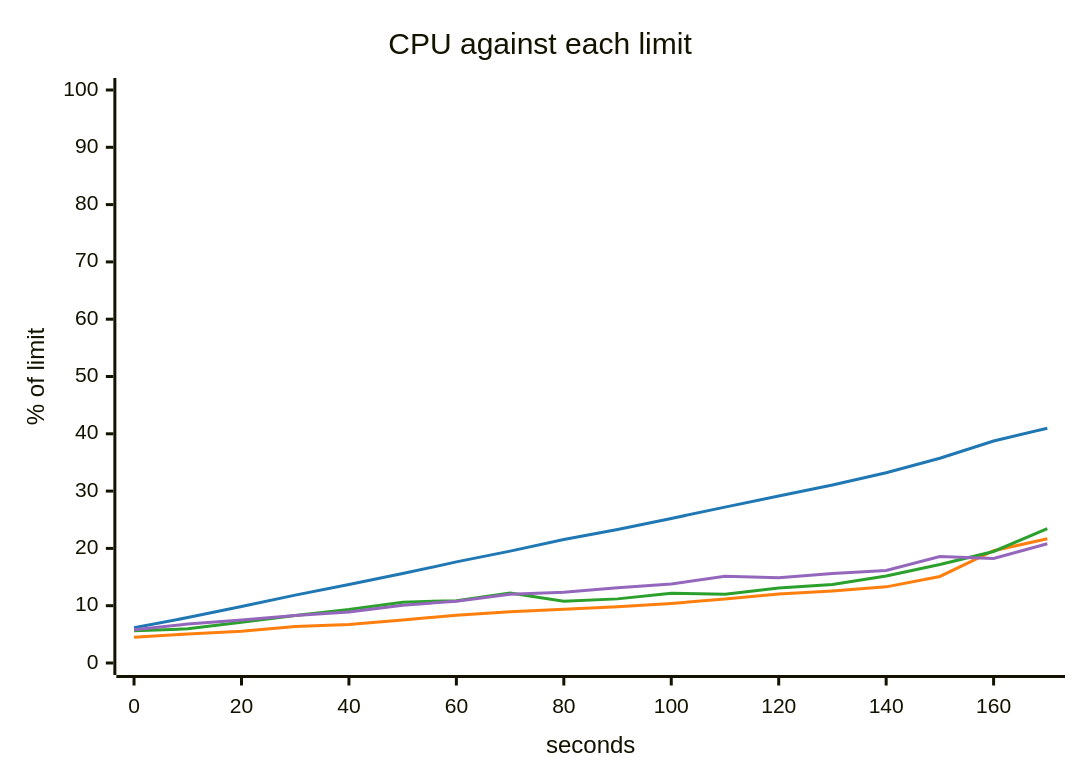
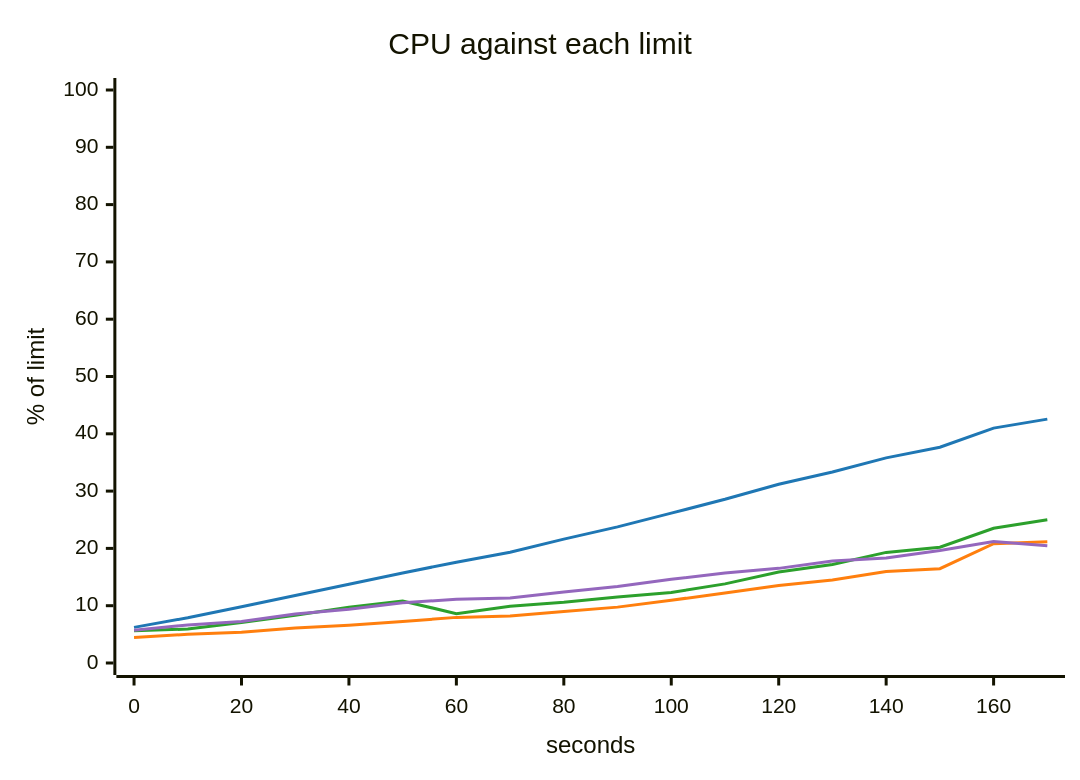
One commit to akinfemi/load-lore changed the fifth of 5 diagrams in scenarios/stale-orders/solutions/read-your-writes/report.md. Above: the diagram before and after it, drawn with Mermaid. The commit also changed other lines of this file and 125 other files, not shown here.

````diff
--- a/scenarios/stale-orders/solutions/read-your-writes/report.md
+++ b/scenarios/stale-orders/solutions/read-your-writes/report.md
@@ -94,17 +96,17 @@
 ```mermaid
 ---
 config:
   themeVariables:
     xyChart:
       backgroundColor: "transparent"
       plotColorPalette: "#1f77b4, #ff7f0e, #2ca02c, #9467bd"
 ---
 xychart-beta
     title "CPU against each limit"
     x-axis "seconds" 0 --> 170
     y-axis "% of limit" 0 --> 100
-    line [6.159, 7.924, 9.857, 11.849, 13.707, 15.604, 17.645, 19.522, 21.54, 23.309, 25.225, 27.206, 29.137, 31.061, 33.202, 35.726, 38.742, 40.983]
-    line [4.483, 5.069, 5.553, 6.385, 6.726, 7.522, 8.335, 8.943, 9.364, 9.815, 10.392, 11.149, 12.022, 12.566, 13.287, 15.105, 19.603, 21.698]
-    line [5.612, 5.958, 7.131, 8.306, 9.341, 10.621, 10.88, 12.222, 10.797, 11.191, 12.173, 12.001, 13.098, 13.71, 15.184, 17.18, 19.468, 23.469]
-    line [5.792, 6.809, 7.485, 8.302, 8.897, 10.078, 10.788, 12.008, 12.337, 13.134, 13.782, 15.144, 14.869, 15.633, 16.142, 18.595, 18.256, 20.803]
+    line [6.217, 7.897, 9.813, 11.793, 13.728, 15.711, 17.587, 19.337, 21.625, 23.76, 26.154, 28.566, 31.206, 33.326, 35.798, 37.65, 40.992, 42.562]
+    line [4.43, 5.014, 5.364, 6.129, 6.588, 7.234, 7.962, 8.219, 8.985, 9.751, 10.947, 12.223, 13.526, 14.496, 15.983, 16.454, 20.823, 21.165]
+    line [5.614, 5.929, 7.067, 8.336, 9.736, 10.825, 8.613, 9.919, 10.59, 11.53, 12.298, 13.808, 15.889, 17.195, 19.301, 20.213, 23.511, 25.012]
+    line [5.699, 6.644, 7.252, 8.569, 9.362, 10.527, 11.109, 11.359, 12.392, 13.358, 14.608, 15.722, 16.516, 17.801, 18.32, 19.64, 21.215, 20.464]
 ```
````
